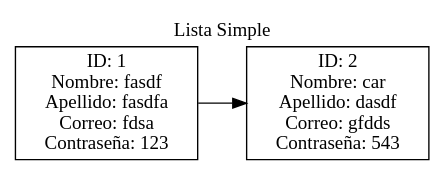
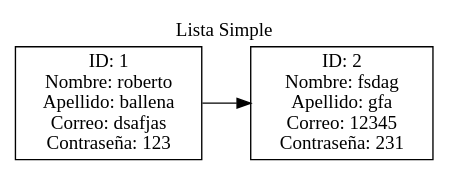
The diagram in Fase#1/Graficas/ListaSimple.dot (Farot30/-EDD-1S2025_202307820), drawn with Graphviz before and after one commit. The commit also changed 29 other files, not shown here.

```diff
--- a/Fase#1/Graficas/ListaSimple.dot
+++ b/Fase#1/Graficas/ListaSimple.dot
@@ -1,10 +1,10 @@
 digraph G {
 label="Lista Simple";
 labelloc="t";
 rankdir=LR;
 node [shape=box];
-node0 [label="ID: 1\nNombre: fasdf\nApellido: fasdfa\nCorreo: fdsa\nContraseña: 123"];
+node0 [label="ID: 1\nNombre: roberto\nApellido: ballena\nCorreo: dsafjas\nContraseña: 123"];
 node0 -> node1;
-node1 [label="ID: 2\nNombre: car\nApellido: dasdf\nCorreo: gfdds\nContraseña: 543"];
+node1 [label="ID: 2\nNombre: fsdag\nApellido: gfa\nCorreo: 12345\nContraseña: 231"];
 
 }
```
